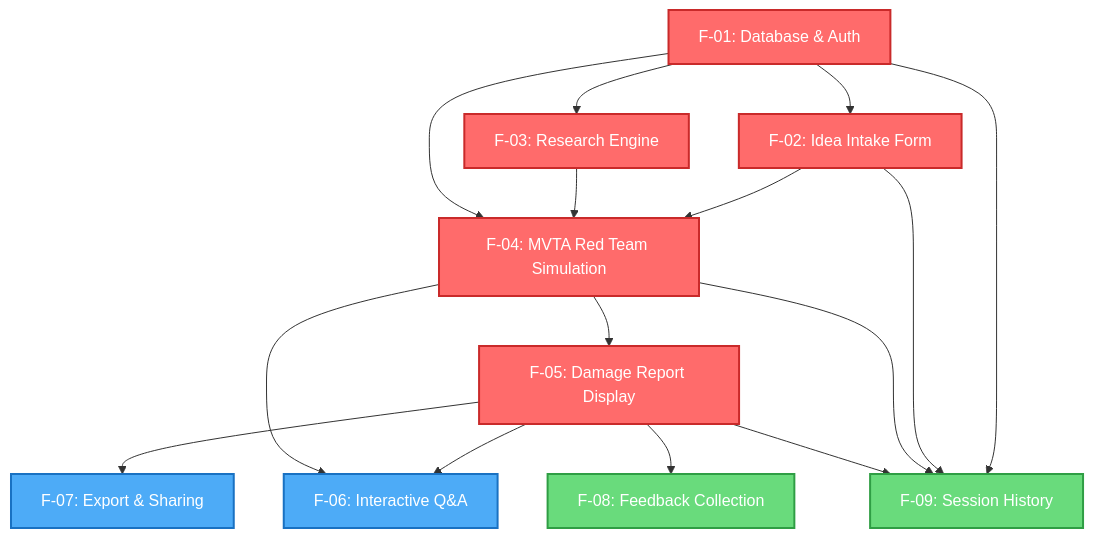
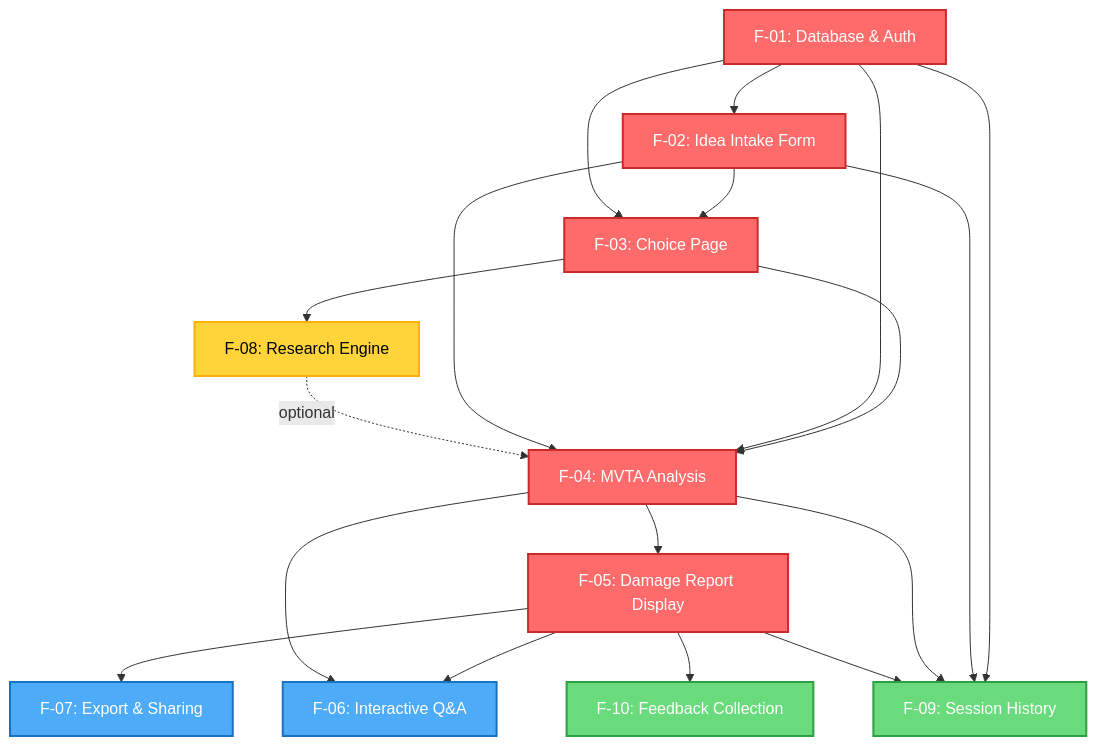
Before and after one commit to cathyliuwork/idea-war-room: the diagram in specs/README.md, drawn with Mermaid. The commit also changed other lines of this file and 25 other files, not shown here.

First line of the commit message:
feat: implement branching workflow with choice page

````diff
--- a/specs/README.md
+++ b/specs/README.md
@@ -127,46 +129,52 @@
 ```mermaid
 graph TD
     %% Core Infrastructure
     F01[F-01: Database & Auth]
 
     %% Wave 2
     F02[F-02: Idea Intake Form]
-    F03[F-03: Research Engine]
+    F03[F-03: Choice Page]
 
     %% Wave 3
-    F04[F-04: MVTA Red Team Simulation]
+    F04[F-04: MVTA Analysis]
+    F08[F-08: Research Engine]
 
     %% Wave 4
     F05[F-05: Damage Report Display]
     F09[F-09: Session History]
 
     %% Wave 5
     F06[F-06: Interactive Q&A]
     F07[F-07: Export & Sharing]
-    F08[F-08: Feedback Collection]
+    F10[F-10: Feedback Collection]
 
     %% Dependencies
     F01 --> F02
+    F02 --> F03
     F01 --> F03
+    F03 --> F04
+    F03 --> F08
+    F01 --> F04
     F02 --> F04
-    F03 --> F04
-    F01 --> F04
+    F08 -.optional.-> F04
     F04 --> F05
     F05 --> F06
     F04 --> F06
     F05 --> F07
-    F05 --> F08
+    F05 --> F10
     F01 --> F09
     F02 --> F09
     F04 --> F09
     F05 --> F09
 
     %% Styling
     classDef critical fill:#ff6b6b,stroke:#c92a2a,stroke-width:2px,color:#fff
     classDef high fill:#4dabf7,stroke:#1971c2,stroke-width:2px,color:#fff
     classDef medium fill:#69db7c,stroke:#2f9e44,stroke-width:2px,color:#fff
+    classDef optional fill:#ffd43b,stroke:#fab005,stroke-width:2px,color:#000
 
     class F01,F02,F03,F04,F05 critical
     class F06,F07 high
-    class F08,F09 medium
+    class F08 optional
+    class F09,F10 medium
 ```
````
